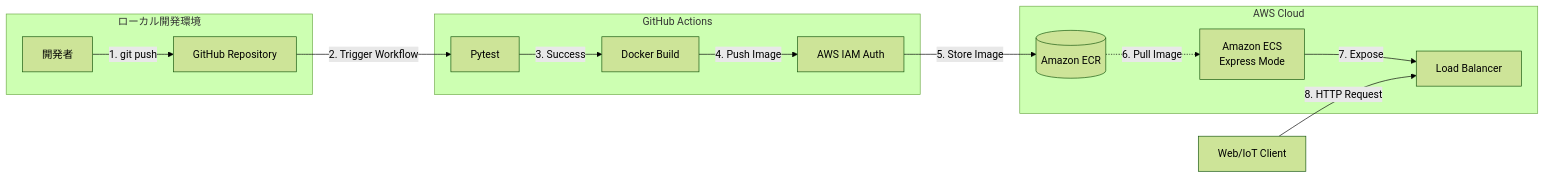
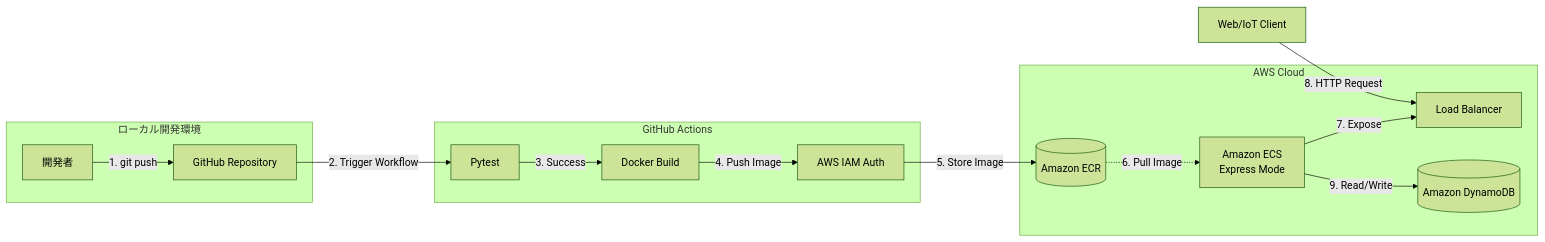
One commit to a143321/fastapi-iot-demo changed the diagram in README.md. Above: the diagram before and after it, drawn with Mermaid (forest theme). The commit also changed other lines of this file and 5 other files, not shown here.

````diff
--- a/README.md
+++ b/README.md
@@ -57,20 +59,21 @@
 ```mermaid
 graph LR
     subgraph Local [ローカル開発環境]
         Dev[開発者] -->|1. git push| Git[GitHub Repository]
     end
 
     subgraph CI_CD [GitHub Actions]
         Git -->|2. Trigger Workflow| Test[Pytest]
         Test -->|3. Success| Build[Docker Build]
         Build -->|4. Push Image| ECR_Auth[AWS IAM Auth]
     end
 
     subgraph AWS_Cloud [AWS Cloud]
         ECR_Auth -->|5. Store Image| ECR[(Amazon ECR)]
         ECR -.->|6. Pull Image| ECS[Amazon ECS<br>Express Mode]
         ECS -->|7. Expose| ALB[Load Balancer]
+        ECS -->|9. Read/Write| DynamoDB[(Amazon DynamoDB)]
     end
 
     User[Web/IoT Client] -->|8. HTTP Request| ALB
 ```
````
